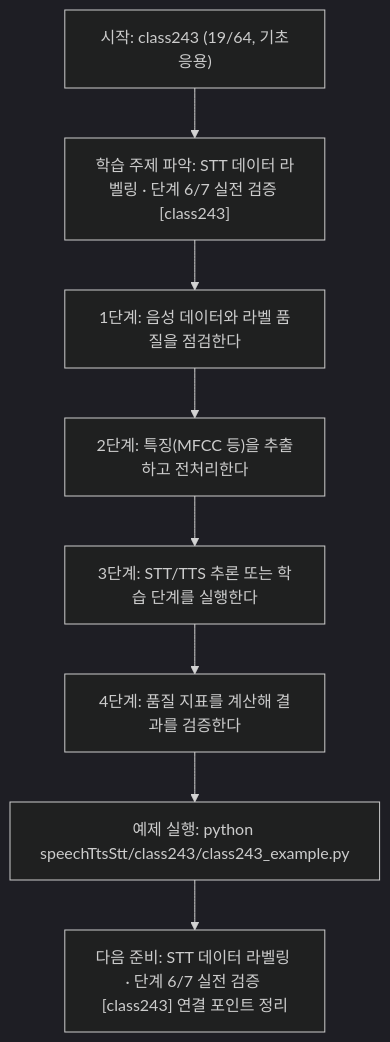
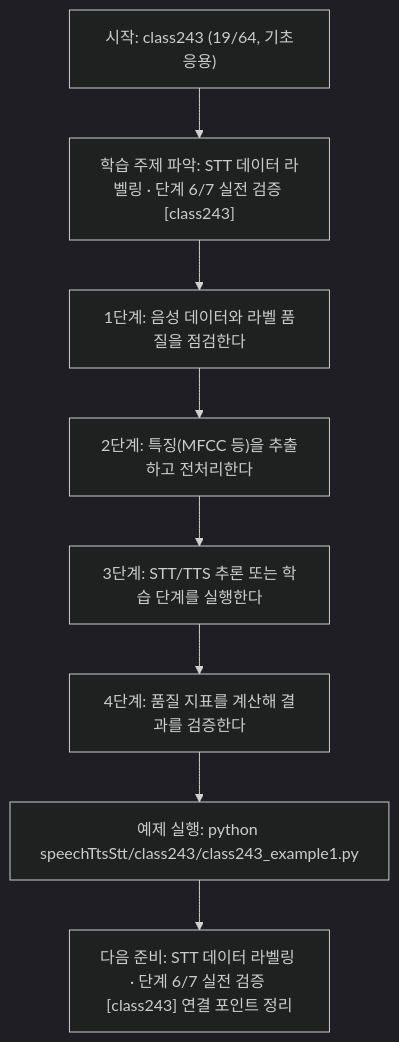
Before and after one commit to edumgt/Python-AI_Agent-Class: the diagram in speechTtsStt/class243/class243.md, drawn with Mermaid (dark theme). The commit also changed other lines of this file and 2959 other files, not shown here.

````diff
--- a/speechTtsStt/class243/class243.md
+++ b/speechTtsStt/class243/class243.md
@@ -114,18 +114,18 @@
 ```mermaid
 flowchart TD
 N1["시작: class243 (19/64, 기초응용)"]
 N2["학습 주제 파악: STT 데이터 라벨링 · 단계 6/7 실전 검증 [class243]"]
 N3["1단계: 음성 데이터와 라벨 품질을 점검한다"]
 N4["2단계: 특징(MFCC 등)을 추출하고 전처리한다"]
 N5["3단계: STT/TTS 추론 또는 학습 단계를 실행한다"]
 N6["4단계: 품질 지표를 계산해 결과를 검증한다"]
-N7["예제 실행: python speechTtsStt/class243/class243_example.py"]
+N7["예제 실행: python speechTtsStt/class243/class243_example1.py"]
 N8["다음 준비: STT 데이터 라벨링 · 단계 6/7 실전 검증 [class243] 연결 포인트 정리"]
 N1 --> N2
 N2 --> N3
 N3 --> N4
 N4 --> N5
 N5 --> N6
 N6 --> N7
 N7 --> N8
 ```
````
